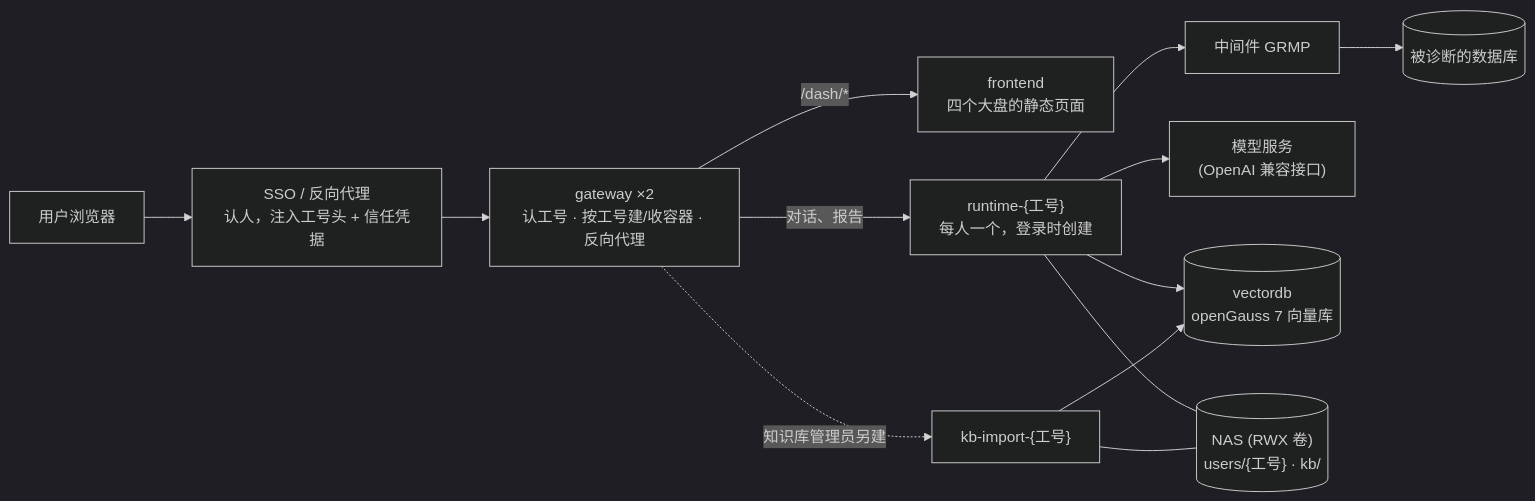
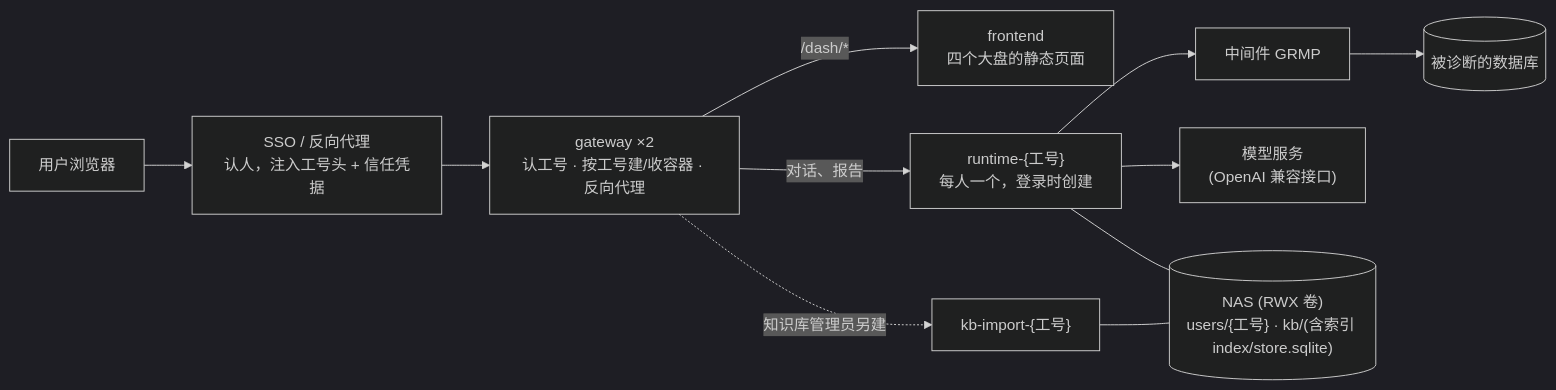
The second of 4 diagrams in docs/从源码构建到K8s运行-完整手册.md (sqlrush/gh_agent_k8s), drawn with Mermaid (dark theme) before and after one commit. The commit also changed other lines of this file and 78 other files, not shown here.

First line of the commit message:
feat(kb): 向量库改为 sqlite-vec,vectordb 组件下线

````diff
--- a/docs/从源码构建到K8s运行-完整手册.md
+++ b/docs/从源码构建到K8s运行-完整手册.md
@@ -46,14 +43,12 @@
 ```mermaid
 flowchart LR
     U["用户浏览器"] --> SSO["SSO / 反向代理<br/>认人，注入工号头 + 信任凭据"]
     SSO --> GW["gateway ×2<br/>认工号 · 按工号建/收容器 · 反向代理"]
     GW -->|/dash/*| FE["frontend<br/>四个大盘的静态页面"]
     GW -->|"对话、报告"| RT["runtime-{工号}<br/>每人一个，登录时创建"]
     GW -.->|知识库管理员另建| KI["kb-import-{工号}"]
     RT --> GRMP["中间件 GRMP"] --> DB[("被诊断的数据库")]
     RT --> LLM["模型服务<br/>(OpenAI 兼容接口)"]
-    RT --> VDB[("vectordb<br/>openGauss 7 向量库")]
-    KI --> VDB
-    RT --- NAS[("NAS (RWX 卷)<br/>users/{工号} · kb/")]
+    RT --- NAS[("NAS (RWX 卷)<br/>users/{工号} · kb/(含索引 index/store.sqlite)")]
     KI --- NAS
 ```
````
